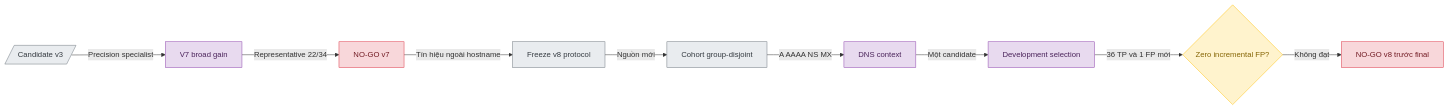
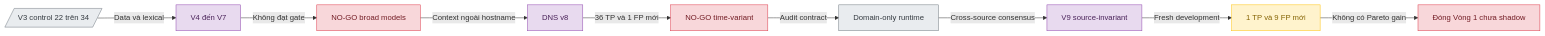
The diagram in docs/research/ml/representative-false-negative-analysis.md (vmcchooky/safe-zone), drawn with Mermaid before and after one commit. The commit also changed other lines of this file and 2 other files, not shown here.

````diff
--- a/docs/research/ml/representative-false-negative-analysis.md
+++ b/docs/research/ml/representative-false-negative-analysis.md
@@ -12,20 +12,20 @@
 ```mermaid
 flowchart LR
-    A[/Candidate v3/] -->|Precision specialist| B[V7 broad gain]
-    B -->|Representative 22/34| C[NO-GO v7]
-    C -->|Tín hiệu ngoài hostname| D[Freeze v8 protocol]
-    D -->|Nguồn mới| E[Cohort group-disjoint]
-    E -->|A AAAA NS MX| F[DNS context]
-    F -->|Một candidate| G[Development selection]
-    G -->|36 TP và 1 FP mới| H{Zero incremental FP?}
-    H -->|Không đạt| I[NO-GO v8 trước final]
+    A[/V3 control 22 trên 34/] -->|Data và lexical| B[V4 đến V7]
+    B -->|Không đạt gate| C[NO-GO broad models]
+    C -->|Context ngoài hostname| D[DNS v8]
+    D -->|36 TP và 1 FP mới| E[NO-GO time-variant]
+    E -->|Audit contract| F[Domain-only runtime]
+    F -->|Cross-source consensus| G[V9 source-invariant]
+    G -->|Fresh development| H[1 TP và 9 FP mới]
+    H -->|Không có Pareto gain| I[Đóng Vòng 1 chưa shadow]
 
     classDef input fill:#E9ECEF,stroke:#6C757D,color:#343A40
     classDef ai fill:#E8DAEF,stroke:#8E44AD,color:#4A235A
     classDef decision fill:#FFF3CD,stroke:#FFC107,color:#856404
     classDef blocked fill:#F8D7DA,stroke:#DC3545,color:#721C24
-    class A,D,E input
-    class B,F,G ai
+    class A,F input
+    class B,D,G ai
     class H decision
-    class C,I blocked
+    class C,E,I blocked
 ```
````
